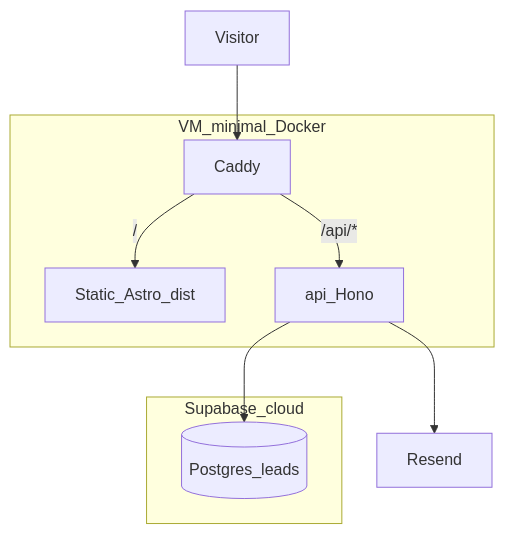
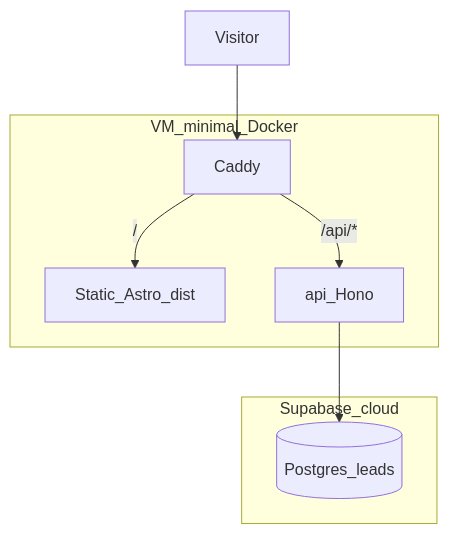
The second of 4 diagrams in plan.md (t2c-coding/gsw-landingpage), drawn with Mermaid before and after one commit. The commit also changed other lines of this file and 6 other files, not shown here.

````diff
--- a/plan.md
+++ b/plan.md
@@ -351,18 +350,17 @@
 ```mermaid
 flowchart TB
   subgraph vm [VM_minimal_Docker]
     proxy[Caddy]
     web[Static_Astro_dist]
     api[api_Hono]
     proxy -->|"/"| web
     proxy -->|"/api/*"| api
   end
 
   subgraph supabase [Supabase_cloud]
     db[(Postgres_leads)]
   end
 
   browser[Visitor] --> proxy
   api --> db
-  api --> resend[Resend]
 ```
````
